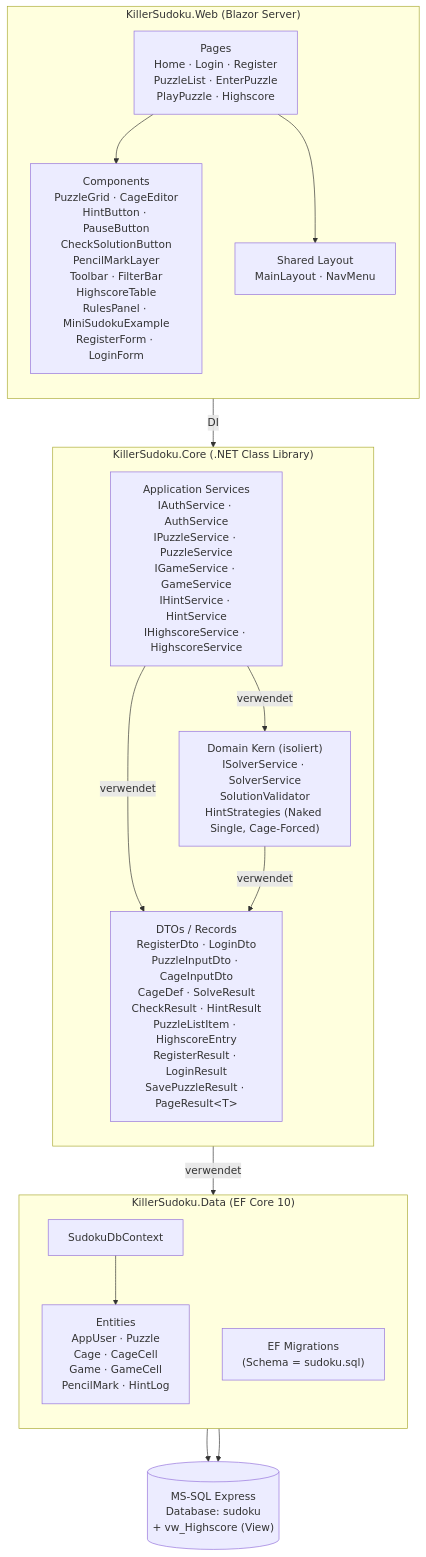
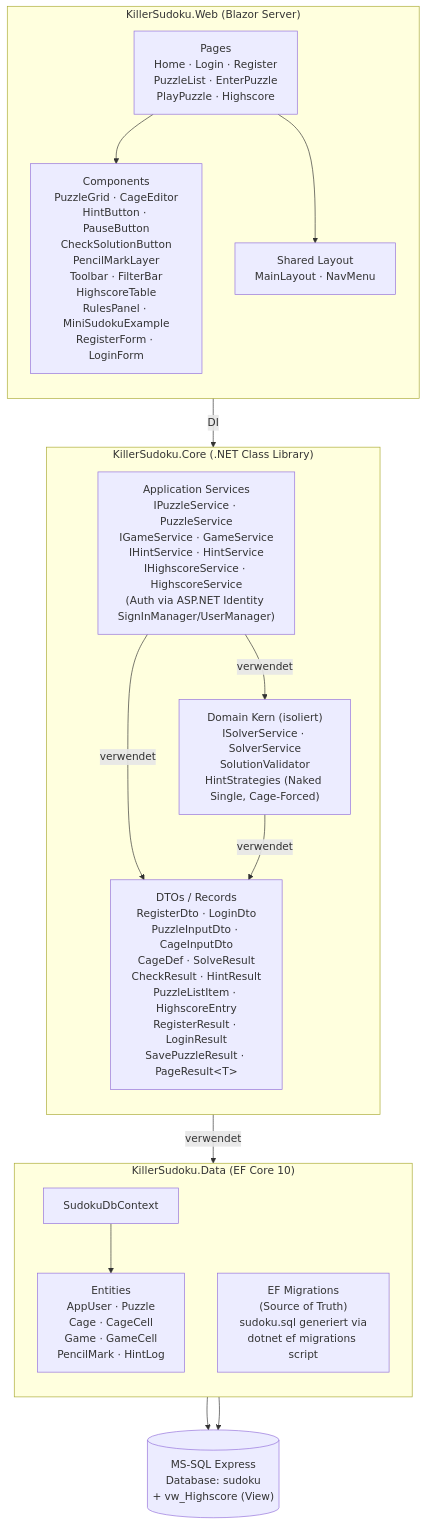
One commit to Tim-Fischer-zh/skillsbattle changed the first of 2 diagrams in docs/arc42/05-building-blocks.md. Above: the diagram before and after it, drawn with Mermaid. The commit also changed other lines of this file and 98 other files, not shown here.

````diff
--- a/docs/arc42/05-building-blocks.md
+++ b/docs/arc42/05-building-blocks.md
@@ -14,36 +14,36 @@
 ```mermaid
 flowchart TB
     subgraph Web["KillerSudoku.Web (Blazor Server)"]
         direction TB
         Pages["Pages<br/>Home · Login · Register<br/>PuzzleList · EnterPuzzle<br/>PlayPuzzle · Highscore"]
         Layout["Shared Layout<br/>MainLayout · NavMenu"]
         UIComp["Components<br/>PuzzleGrid · CageEditor<br/>HintButton · PauseButton<br/>CheckSolutionButton<br/>PencilMarkLayer<br/>Toolbar · FilterBar<br/>HighscoreTable<br/>RulesPanel · MiniSudokuExample<br/>RegisterForm · LoginForm"]
     end
 
     subgraph Core["KillerSudoku.Core (.NET Class Library)"]
         direction TB
-        Services["Application Services<br/>IAuthService · AuthService<br/>IPuzzleService · PuzzleService<br/>IGameService · GameService<br/>IHintService · HintService<br/>IHighscoreService · HighscoreService"]
+        Services["Application Services<br/>IPuzzleService · PuzzleService<br/>IGameService · GameService<br/>IHintService · HintService<br/>IHighscoreService · HighscoreService<br/>(Auth via ASP.NET Identity SignInManager/UserManager)"]
         Domain["Domain Kern (isoliert)<br/>ISolverService · SolverService<br/>SolutionValidator<br/>HintStrategies (Naked Single, Cage-Forced)"]
         Dtos["DTOs / Records<br/>RegisterDto · LoginDto<br/>PuzzleInputDto · CageInputDto<br/>CageDef · SolveResult<br/>CheckResult · HintResult<br/>PuzzleListItem · HighscoreEntry<br/>RegisterResult · LoginResult<br/>SavePuzzleResult · PageResult&lt;T&gt;"]
     end
 
     subgraph Data["KillerSudoku.Data (EF Core 10)"]
         direction TB
         Ctx["SudokuDbContext"]
         Entities["Entities<br/>AppUser · Puzzle<br/>Cage · CageCell<br/>Game · GameCell<br/>PencilMark · HintLog"]
-        Migr["EF Migrations<br/>(Schema = sudoku.sql)"]
+        Migr["EF Migrations<br/>(Source of Truth)<br/>sudoku.sql generiert via<br/>dotnet ef migrations script"]
     end
 
     DB[("MS-SQL Express<br/>Database: sudoku<br/>+ vw_Highscore (View)")]
 
     Pages --> UIComp
     Pages --> Layout
     UIComp -->|"DI"| Services
     Services -->|"verwendet"| Domain
     Services -->|"verwendet"| Dtos
     Services -->|"verwendet"| Ctx
     Domain -->|"verwendet"| Dtos
     Ctx --> Entities
     Migr --> DB
     Ctx --> DB
 ```
````
